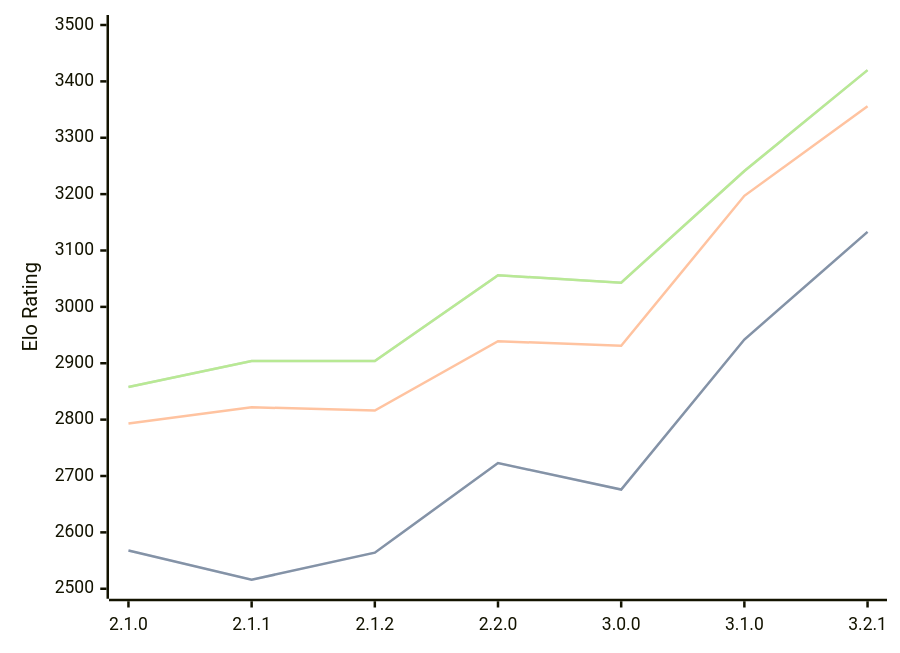
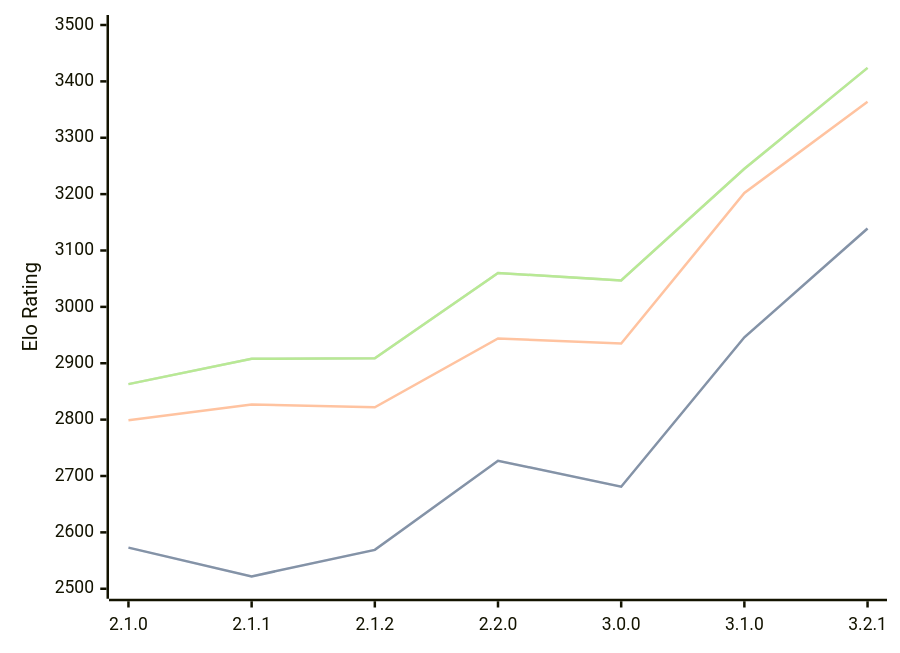
Before and after one commit to computer-chess-index/cci: the diagram in engines/Prune.md, drawn with Mermaid. The commit also changed other lines of this file, not shown here.

Commit message:
Update CCI Ratings (ELO VLTC) - 2026-04-18

````diff
--- a/engines/Prune.md
+++ b/engines/Prune.md
@@ -42,11 +42,11 @@
 ```mermaid
 %%{init: {"theme":"base","themeVariables":{"seriesColors:['#a3a3a3','#222221','#faa371']}}}%%
 xychart-beta
   x-axis ["2.1.0", "2.1.1", "2.1.2", "2.2.0", "3.0.0", "3.1.0", "3.2.1"]
   y-axis "Elo Rating" 2500 --> 3500
-  line "STC (8.0+0.08s)" [2568, 2516, 2564, 2723, 2676, 2942, 3133]
-  line "STC (8.0+0.08s)" [2568, 2516, 2564, 2723, 2676, 2942, 3133]
-  line "LTC (60.0+0.60s)" [2793, 2822, 2816, 2939, 2931, 3197, 3356]
-  line "VLTC (2m24s+1.12s)" [2858, 2904, 2904, 3056, 3043, 3241, 3420]
-  line "VLTC (2m24s+1.12s)" [2858, 2904, 2904, 3056, 3043, 3241, 3420]
+  line "STC (8.0+0.08s)" [2573, 2522, 2569, 2727, 2681, 2946, 3139]
+  line "STC (8.0+0.08s)" [2573, 2522, 2569, 2727, 2681, 2946, 3139]
+  line "LTC (60.0+0.60s)" [2799, 2827, 2822, 2944, 2935, 3202, 3364]
+  line "VLTC (2m24s+1.12s)" [2863, 2908, 2909, 3060, 3047, 3245, 3424]
+  line "VLTC (2m24s+1.12s)" [2863, 2908, 2909, 3060, 3047, 3245, 3424]
 ```
````
